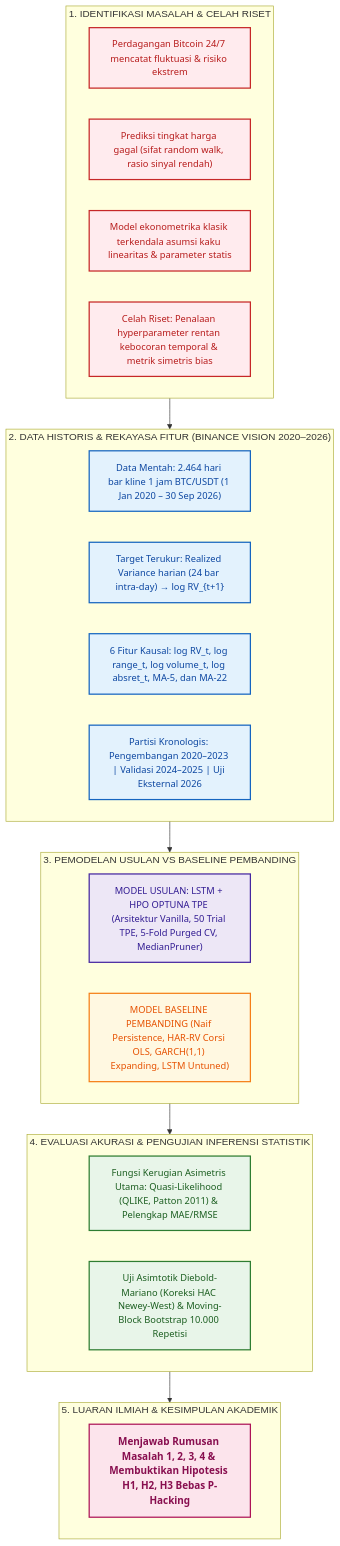
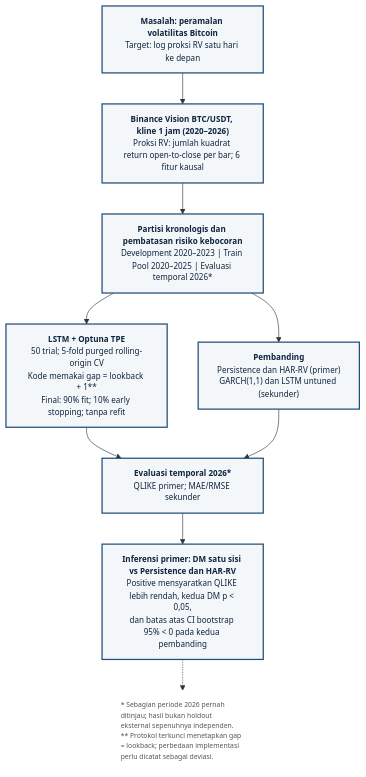
One commit to zeen-lien/OptimasiBTC changed the second of 3 diagrams in 03_Naskah_Skripsi/study2/figures/KODE_DIAGRAM_DRAWIO.md. Above: the diagram before and after it, drawn with Mermaid. The commit also changed other lines of this file, not shown here.

Commit message:
docs(figures): perbarui kode Mermaid Gambar 2.2 dan 3.1 sesuai naskah audit v8 untuk import draw.io

````diff
--- a/03_Naskah_Skripsi/study2/figures/KODE_DIAGRAM_DRAWIO.md
+++ b/03_Naskah_Skripsi/study2/figures/KODE_DIAGRAM_DRAWIO.md
@@ -115,43 +99,27 @@
 ```mermaid
-graph TD
-    classDef default font-family:'Segoe UI',Helvetica,Arial,sans-serif,font-size:15px,color:#111,stroke-width:2px;
-    classDef step1 fill:#FFEBEE,stroke:#C62828,color:#B71C1C,font-size:15px;
-    classDef step2 fill:#E3F2FD,stroke:#1565C0,color:#0D47A1,font-size:15px;
-    classDef step3 fill:#EDE7F6,stroke:#4527A0,color:#311B92,font-size:15px;
-    classDef step4 fill:#FFF8E1,stroke:#F57F17,color:#E65100,font-size:15px;
-    classDef step5 fill:#E8F5E9,stroke:#2E7D32,color:#1B5E20,font-size:15px;
-    classDef step6 fill:#FCE4EC,stroke:#AD1457,color:#880E4F,font-size:16px,font-weight:bold;
+flowchart TD
+    classDef default fill:#F4F7FA,stroke:#1F4E79,stroke-width:2px,color:#0F243E,font-family:'Segoe UI',Helvetica,Arial,sans-serif,font-size:13px;
+    classDef split fill:#F4F7FA,stroke:#1F4E79,stroke-width:2px,color:#0F243E,font-family:'Segoe UI',Helvetica,Arial,sans-serif,font-size:13px;
+    classDef note fill:none,stroke:none,color:#555555,font-family:'Segoe UI',Helvetica,Arial,sans-serif,font-size:11px,text-align:left;
 
-    subgraph T1 ["1. IDENTIFIKASI MASALAH & CELAH RISET"]
-        p1["Perdagangan Bitcoin 24/7 mencatat fluktuasi & risiko ekstrem"]:::step1
-        p2["Prediksi tingkat harga gagal (sifat random walk, rasio sinyal rendah)"]:::step1
-        p3["Model ekonometrika klasik terkendala asumsi kaku linearitas & parameter statis"]:::step1
-        p4["Celah Riset: Penalaan hyperparameter rentan kebocoran temporal & metrik simetris bias"]:::step1
-    end
+    A["<b>Masalah: peramalan volatilitas Bitcoin</b><br/>Target: log proksi RV satu hari ke depan"]
+    B["<b>Binance Vision BTC/USDT, kline 1 jam (2020–2026)</b><br/>Proksi RV: jumlah kuadrat return open-to-close per bar; 6 fitur kausal"]
+    C["<b>Partisi kronologis dan pembatasan risiko kebocoran</b><br/>Development 2020–2023 | Train Pool 2020–2025 | Evaluasi temporal 2026*"]
+    
+    D1["<b>LSTM + Optuna TPE</b><br/>50 trial; 5-fold purged rolling-origin CV<br/>Kode memakai gap = lookback + 1**<br/>Final: 90% fit; 10% early stopping; tanpa refit"]:::split
+    D2["<b>Pembanding</b><br/>Persistence dan HAR-RV (primer)<br/>GARCH(1,1) dan LSTM untuned (sekunder)"]:::split
+    
+    E["<b>Evaluasi temporal 2026*</b><br/>QLIKE primer; MAE/RMSE sekunder"]
+    F["<b>Inferensi primer: DM satu sisi vs Persistence dan HAR-RV</b><br/>Positive mensyaratkan QLIKE lebih rendah, kedua DM p &lt; 0,05,<br/>dan batas atas CI bootstrap 95% &lt; 0 pada kedua pembanding"]
 
-    subgraph T2 ["2. DATA HISTORIS & REKAYASA FITUR (BINANCE VISION 2020–2026)"]
-        d1["Data Mentah: 2.464 hari bar kline 1 jam BTC/USDT (1 Jan 2020 – 30 Sep 2026)"]:::step2
-        d2["Target Terukur: Realized Variance harian (24 bar intra-day) → log RV_{t+1}"]:::step2
-        d3["6 Fitur Kausal: log RV_t, log range_t, log volume_t, log absret_t, MA-5, dan MA-22"]:::step2
-        d4["Partisi Kronologis: Pengembangan 2020–2023 | Validasi 2024–2025 | Uji Eksternal 2026"]:::step2
-    end
+    N["* Sebagian periode 2026 pernah ditinjau; hasil bukan holdout eksternal sepenuhnya independen.<br/>** Protokol terkunci menetapkan gap = lookback; perbedaan implementasi perlu dicatat sebagai deviasi."]:::note
 
-    subgraph T3 ["3. PEMODELAN USULAN VS BASELINE PEMBANDING"]
-        m1["MODEL USULAN: LSTM + HPO OPTUNA TPE (Arsitektur Vanilla, 50 Trial TPE, 5-Fold Purged CV, MedianPruner)"]:::step3
-        b1["MODEL BASELINE PEMBANDING (Naif Persistence, HAR-RV Corsi OLS, GARCH(1,1) Expanding, LSTM Untuned)"]:::step4
-    end
-
-    subgraph T4 ["4. EVALUASI AKURASI & PENGUJIAN INFERENSI STATISTIK"]
-        e1["Fungsi Kerugian Asimetris Utama: Quasi-Likelihood (QLIKE, Patton 2011) & Pelengkap MAE/RMSE"]:::step5
-        e2["Uji Asimtotik Diebold-Mariano (Koreksi HAC Newey-West) & Moving-Block Bootstrap 10.000 Repetisi"]:::step5
-    end
-
-    subgraph T5 ["5. LUARAN ILMIAH & KESIMPULAN AKADEMIK"]
-        c1["Menjawab Rumusan Masalah 1, 2, 3, 4 & Membuktikan Hipotesis H1, H2, H3 Bebas P-Hacking"]:::step6
-    end
-
-    T1 --> T2
-    T2 --> T3
-    T3 --> T4
-    T4 --> T5
+    A --> B
+    B --> C
+    C --> D1
+    C --> D2
+    D1 --> E
+    D2 --> E
+    E --> F
+    F -.-> N
 ```
````
